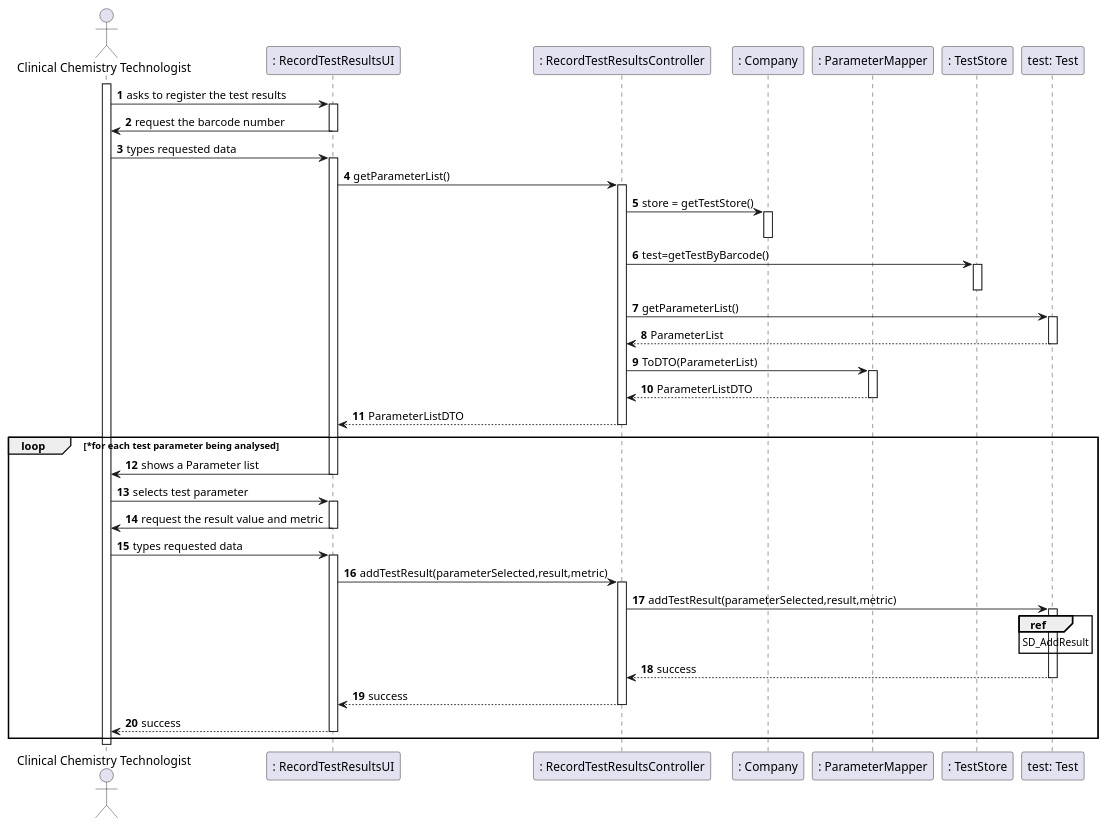
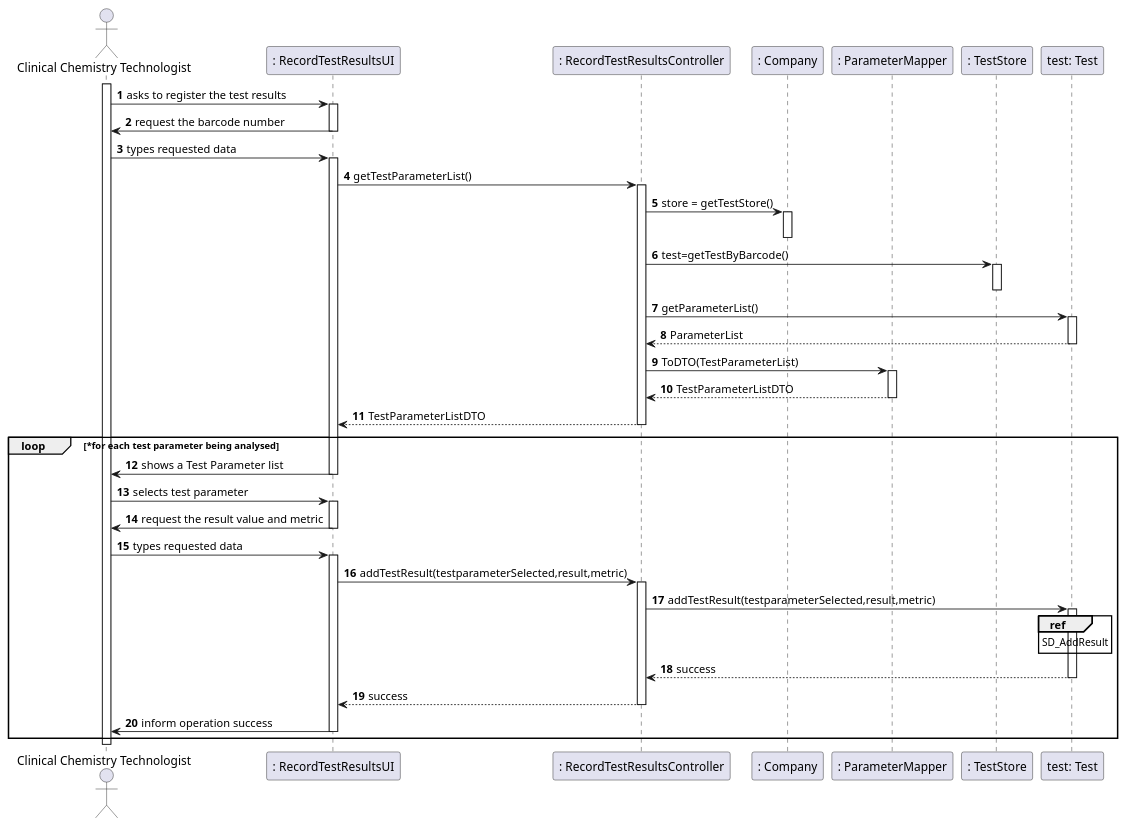
The diagram in docs/SprintC/US12/US12_SD.puml (manu-07-ela/LAPR2_ISEP), drawn with PlantUML before and after one commit. The commit also changed 1 other file, not shown here.

```diff
--- a/docs/SprintC/US12/US12_SD.puml
+++ b/docs/SprintC/US12/US12_SD.puml
@@ -1,70 +1,70 @@
 @startuml
 autonumber
 'hide footbox
 actor "Clinical Chemistry Technologist" as CCT
 
 participant ": RecordTestResultsUI" as UI
 participant ": RecordTestResultsController" as CTRL
 participant ": Company" as Comp
 participant ": ParameterMapper" as PMapper
 participant ": TestStore" as TStore
 participant "test: Test" as Test
 
 activate CCT
 CCT -> UI : asks to register the test results
 activate UI
 UI -> CCT : request the barcode number
 deactivate UI
 CCT -> UI : types requested data
 activate UI
-UI -> CTRL : getParameterList()
+UI -> CTRL : getTestParameterList()
 activate CTRL
 CTRL -> Comp : store = getTestStore()
 activate Comp
 deactivate Comp
 CTRL -> TStore : test=getTestByBarcode()
 activate TStore
 deactivate TStore
 CTRL -> Test : getParameterList()
 activate Test
 Test --> CTRL : ParameterList
 deactivate Test
-CTRL -> PMapper : ToDTO(ParameterList)
+CTRL -> PMapper : ToDTO(TestParameterList)
 activate PMapper
-PMapper --> CTRL : ParameterListDTO
+PMapper --> CTRL : TestParameterListDTO
 deactivate PMapper
 
 
-CTRL --> UI : ParameterListDTO
+CTRL --> UI : TestParameterListDTO
 deactivate CTRL
 loop *for each test parameter being analysed
-UI -> CCT : shows a Parameter list
+UI -> CCT : shows a Test Parameter list
 deactivate UI
 CCT -> UI : selects test parameter
 activate UI
 UI -> CCT : request the result value and metric
 deactivate UI
 CCT -> UI : types requested data
 activate UI
-UI -> CTRL : addTestResult(parameterSelected,result,metric)
+UI -> CTRL : addTestResult(testparameterSelected,result,metric)
 activate CTRL
-CTRL -> Test : addTestResult(parameterSelected,result,metric)
+CTRL -> Test : addTestResult(testparameterSelected,result,metric)
 activate Test
 ref over Test
 SD_AddResult
 end ref
 Test --> CTRL : success
 deactivate Test
 
 CTRL --> UI : success
 deactivate CTRL
-UI --> CCT : success
+UI -> CCT :  inform operation success
 deactivate UI
 end
 
 
 
 
 
 deactivate CCT
 @enduml
```
